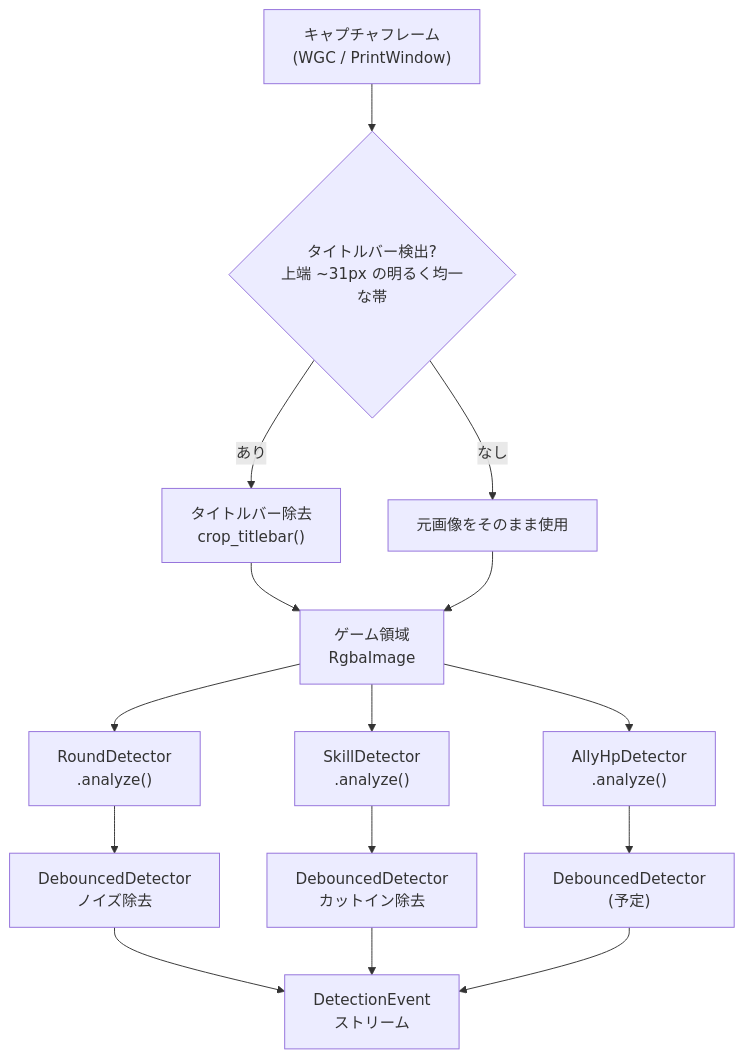
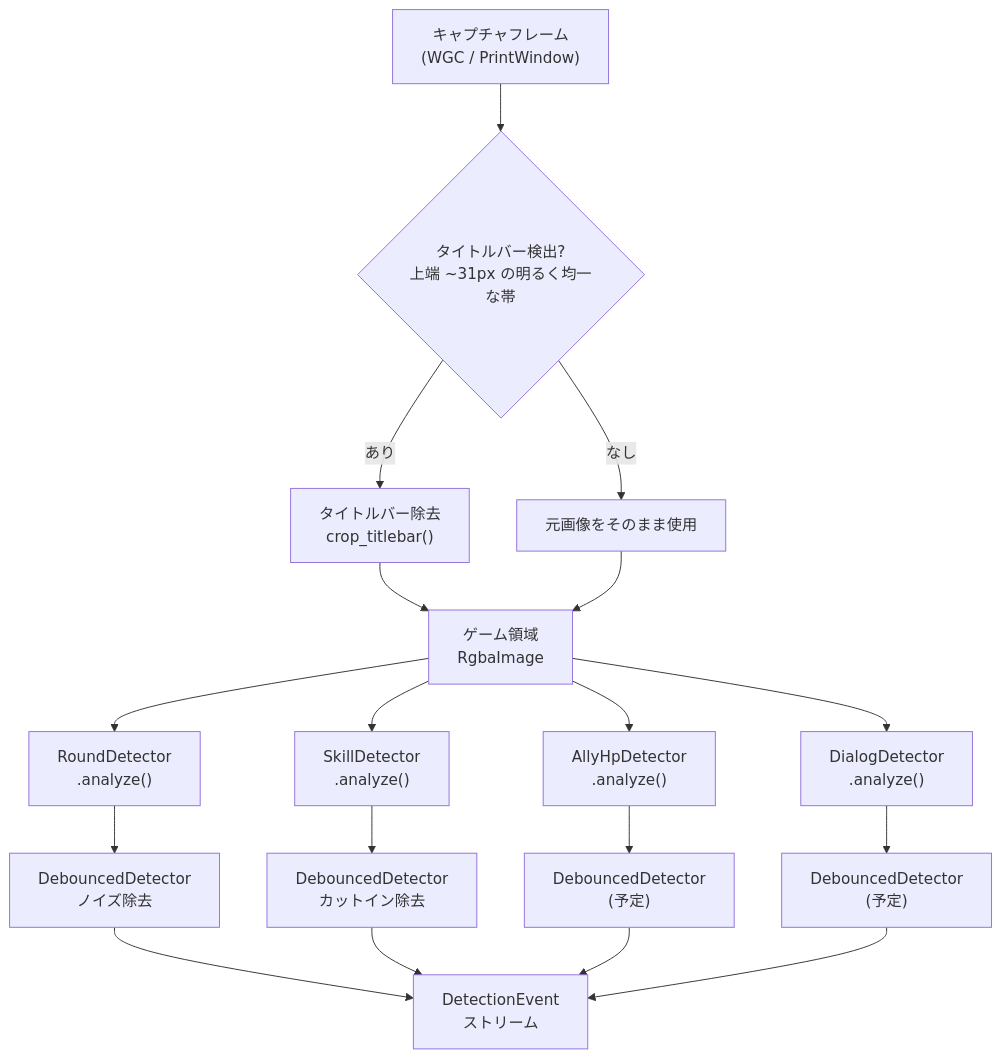
One commit to naa0yama/dna-assistant changed the second of 4 diagrams in docs/specs/components/detection-overview.md. Above: the diagram before and after it, drawn with Mermaid. The commit also changed other lines of this file and 10 other files, not shown here.

First line of the commit message:
feat(dna-detector): add DialogDetector for NW error dialog

````diff
--- a/docs/specs/components/detection-overview.md
+++ b/docs/specs/components/detection-overview.md
@@ -64,18 +65,21 @@
 ```mermaid
 flowchart TD
     FRAME["キャプチャフレーム\n(WGC / PrintWindow)"]
     FRAME --> TB{"タイトルバー検出?\n上端 ~31px の明るく均一な帯"}
     TB -- あり --> CROP["タイトルバー除去\ncrop_titlebar()"]
     TB -- なし --> CLONE["元画像をそのまま使用"]
     CROP --> GAME["ゲーム領域\nRgbaImage"]
     CLONE --> GAME
     GAME --> ROUND["RoundDetector\n.analyze()"]
     GAME --> SKILL["SkillDetector\n.analyze()"]
     GAME --> ALLYHP["AllyHpDetector\n.analyze()"]
+    GAME --> DIALOG["DialogDetector\n.analyze()"]
     ROUND --> DEBOUNCE_R["DebouncedDetector\nノイズ除去"]
     SKILL --> DEBOUNCE_S["DebouncedDetector\nカットイン除去"]
     ALLYHP --> DEBOUNCE_A["DebouncedDetector\n(予定)"]
+    DIALOG --> DEBOUNCE_D["DebouncedDetector\n(予定)"]
     DEBOUNCE_R --> EVENTS["DetectionEvent\nストリーム"]
     DEBOUNCE_S --> EVENTS
     DEBOUNCE_A --> EVENTS
+    DEBOUNCE_D --> EVENTS
 ```
````
